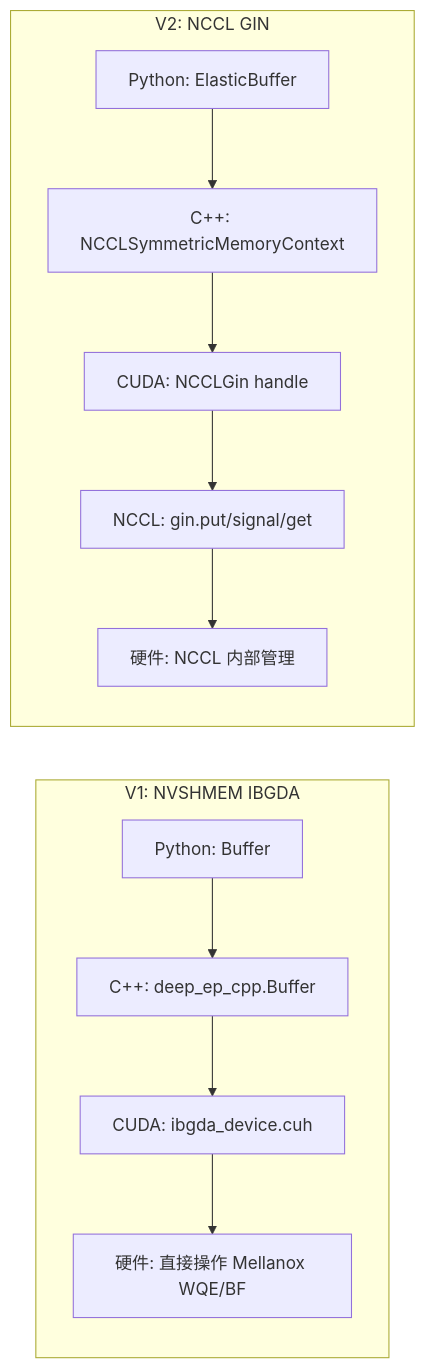
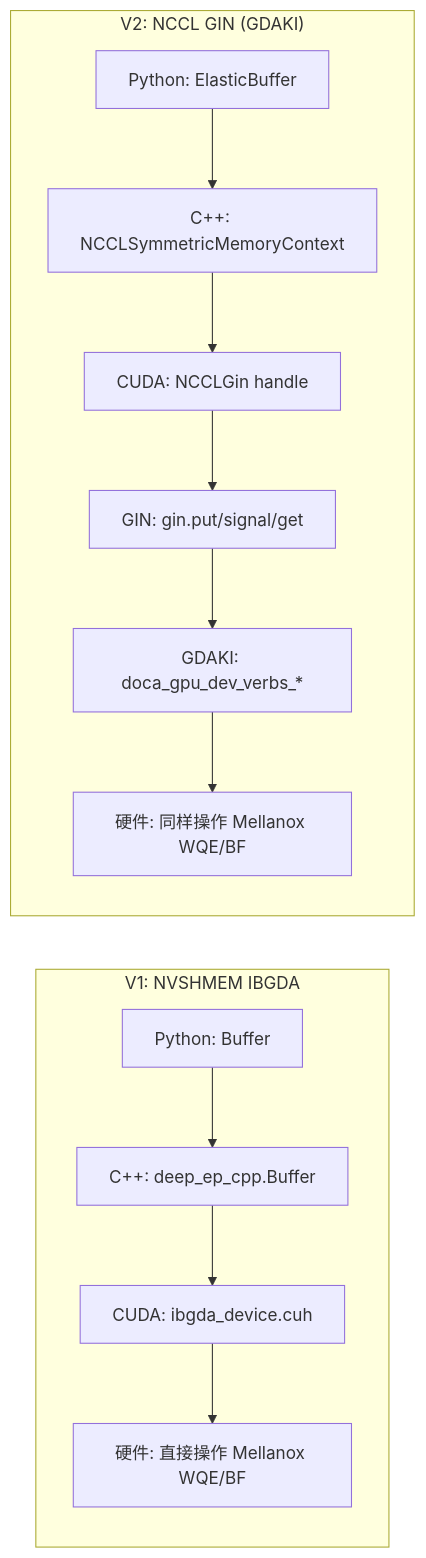
One commit to s0okiym/share changed the tenth of 13 diagrams in deepep_communication_deep_dive.md. Above: the diagram before and after it, drawn with Mermaid. The commit also changed other lines of this file, not shown here.

````diff
--- a/deepep_communication_deep_dive.md
+++ b/deepep_communication_deep_dive.md
@@ -761,19 +988,20 @@
 ```mermaid
 flowchart LR
     subgraph "V1: NVSHMEM IBGDA"
         V1A["Python: Buffer"]
         V1B["C++: deep_ep_cpp.Buffer"]
         V1C["CUDA: ibgda_device.cuh"]
         V1D["硬件: 直接操作 Mellanox WQE/BF"]
         V1A --> V1B --> V1C --> V1D
     end
-    
-    subgraph "V2: NCCL GIN"
+
+    subgraph "V2: NCCL GIN (GDAKI)"
         V2A["Python: ElasticBuffer"]
         V2B["C++: NCCLSymmetricMemoryContext"]
         V2C["CUDA: NCCLGin handle"]
-        V2D["NCCL: gin.put/signal/get"]
-        V2E["硬件: NCCL 内部管理"]
-        V2A --> V2B --> V2C --> V2D --> V2E
+        V2D["GIN: gin.put/signal/get"]
+        V2E["GDAKI: doca_gpu_dev_verbs_*"]
+        V2F["硬件: 同样操作 Mellanox WQE/BF"]
+        V2A --> V2B --> V2C --> V2D --> V2E --> V2F
     end
 ```
````
